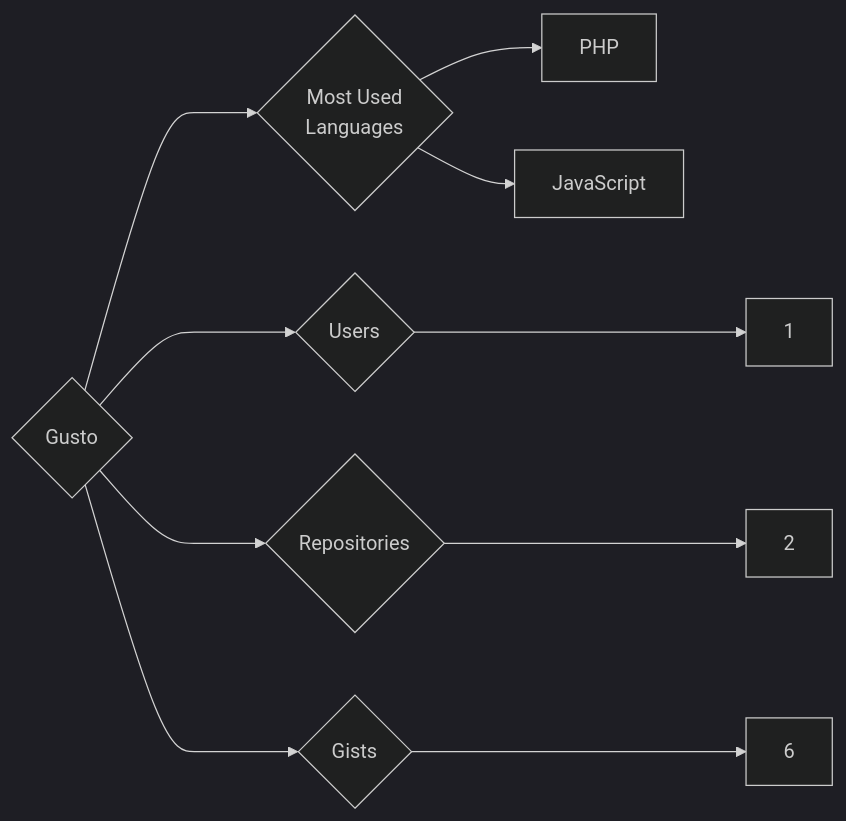
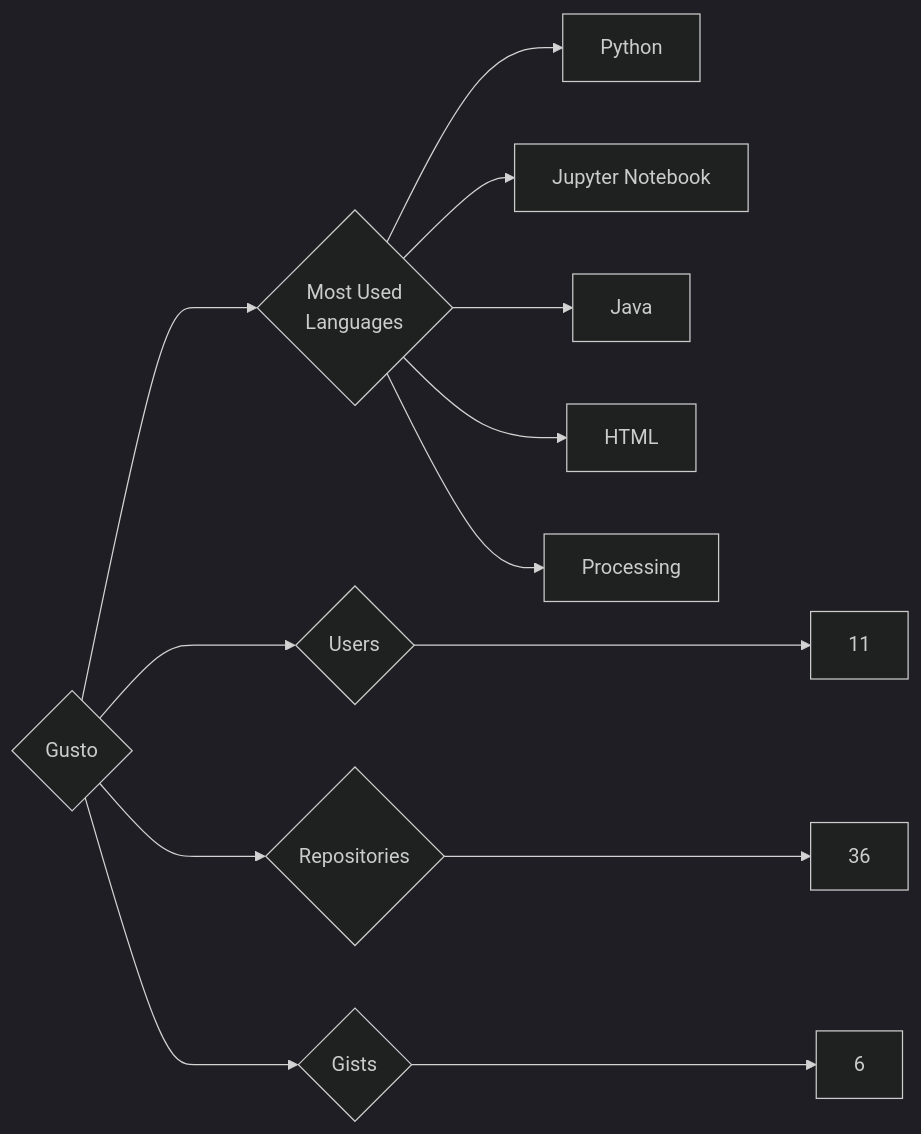
Before and after one commit to trickest/insiders: the diagram in targets/Gusto/README.md, drawn with Mermaid (dark theme). The commit also changed 1089 other files, not shown here.

````diff
--- a/targets/Gusto/README.md
+++ b/targets/Gusto/README.md
@@ -3,10 +3,13 @@
 ```mermaid
 graph LR
 COMPANY_NAME{Gusto}
-COMPANY_NAME ---> U{Users} ---> UN[1]
-COMPANY_NAME ---> R{Repositories} ---> RN[2]
+COMPANY_NAME ---> U{Users} ---> UN[11]
+COMPANY_NAME ---> R{Repositories} ---> RN[36]
 COMPANY_NAME ---> G{Gists} ---> GN[6]
 COMPANY_NAME ---> ML{Most Used<br>Languages}
-ML --> PHP[PHP]
-ML --> JavaScript[JavaScript]
+ML --> Python[Python]
+ML --> Jupyter_Notebook[Jupyter Notebook]
+ML --> Java[Java]
+ML --> HTML[HTML]
+ML --> Processing[Processing]
 ```
````
